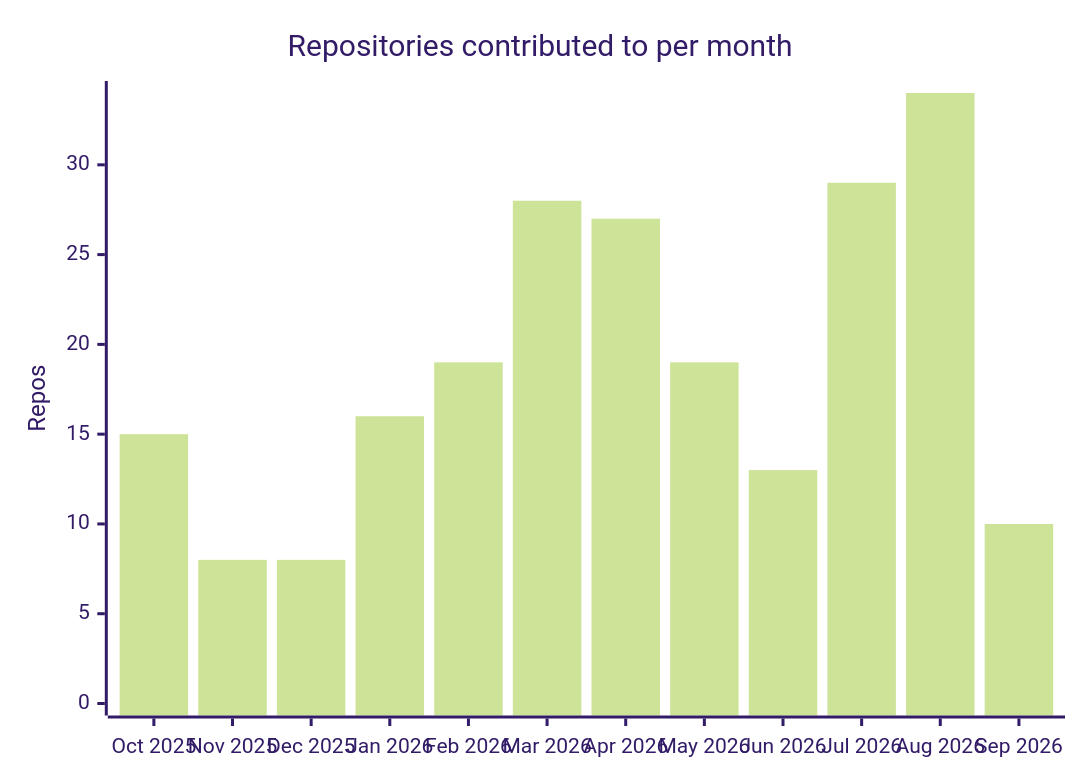
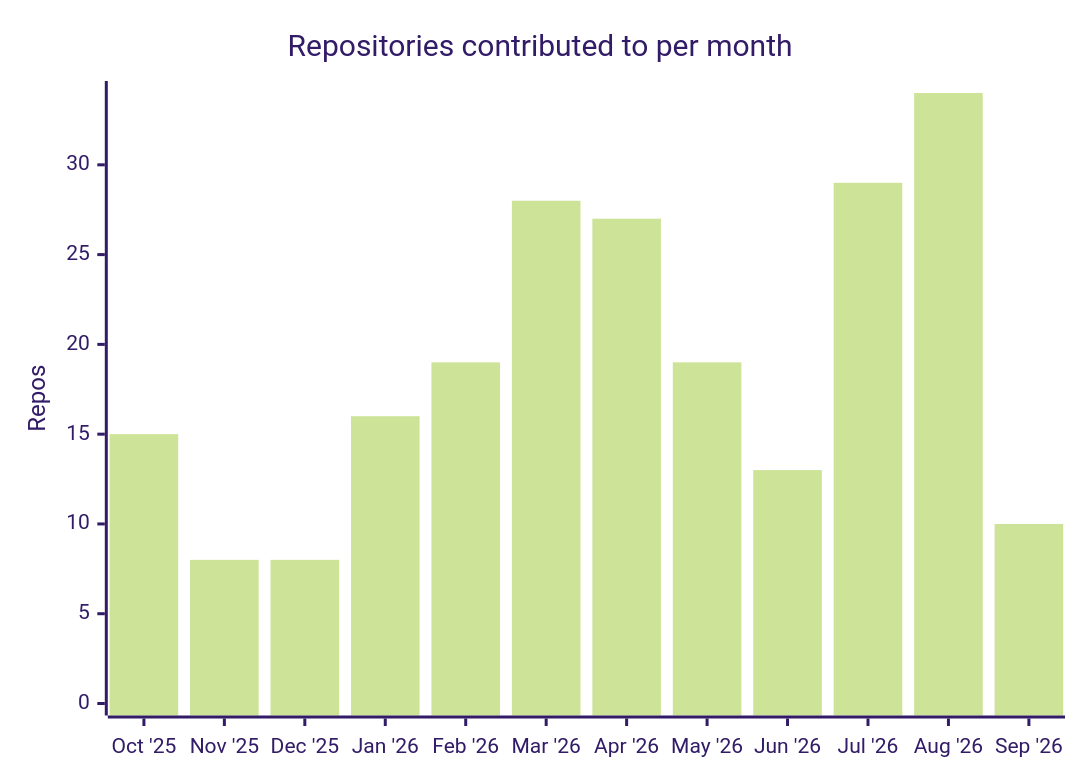
Before and after one commit to soderlind/soderlind: the second of 2 diagrams in README.md, drawn with Mermaid (forest theme). The commit also changed other lines of this file and 1 other file, not shown here.

Commit message:
Shorten stats x-axis labels to 'Mon YY' format

````diff
--- a/README.md
+++ b/README.md
@@ -427,7 +427,7 @@
 ```mermaid
 xychart-beta
     title "Repositories contributed to per month"
-    x-axis ["Oct 2025", "Nov 2025", "Dec 2025", "Jan 2026", "Feb 2026", "Mar 2026", "Apr 2026", "May 2026", "Jun 2026", "Jul 2026", "Aug 2026", "Sep 2026"]
+    x-axis ["Oct '25", "Nov '25", "Dec '25", "Jan '26", "Feb '26", "Mar '26", "Apr '26", "May '26", "Jun '26", "Jul '26", "Aug '26", "Sep '26"]
     y-axis "Repos" 0 --> 34
     bar [15, 8, 8, 16, 19, 28, 27, 19, 13, 29, 34, 10]
 ```
````
